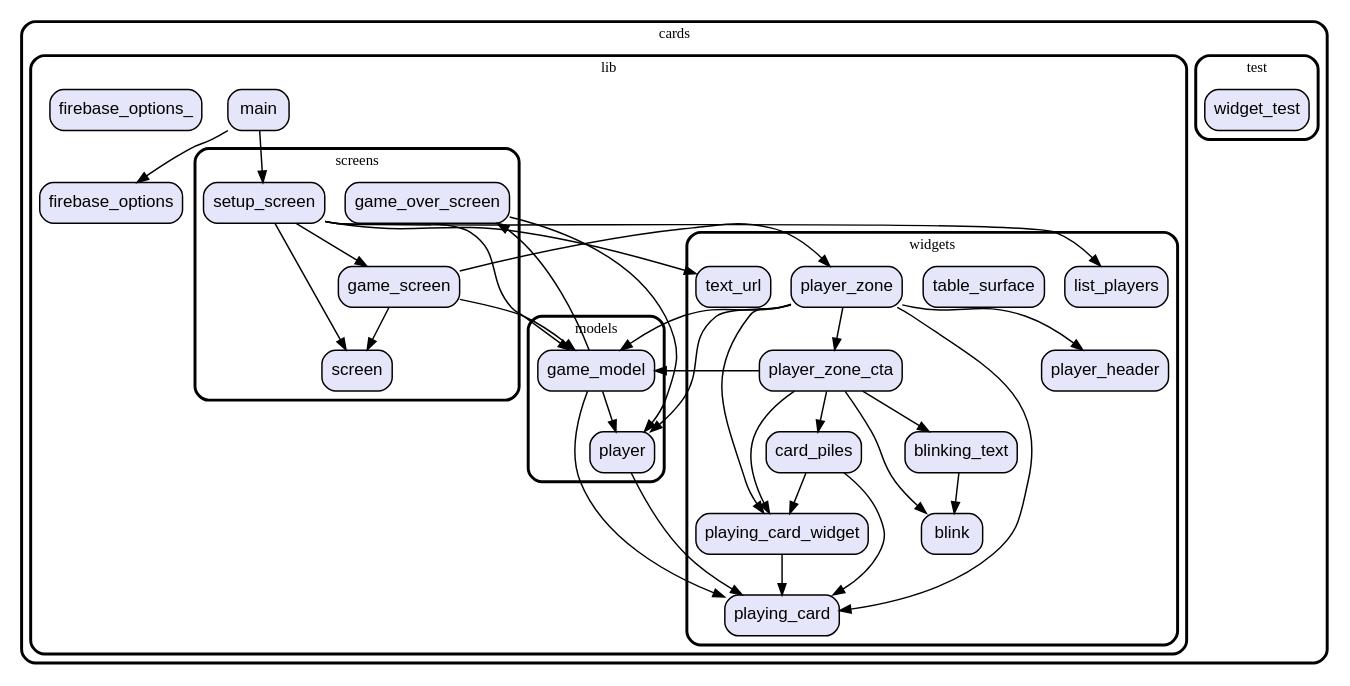
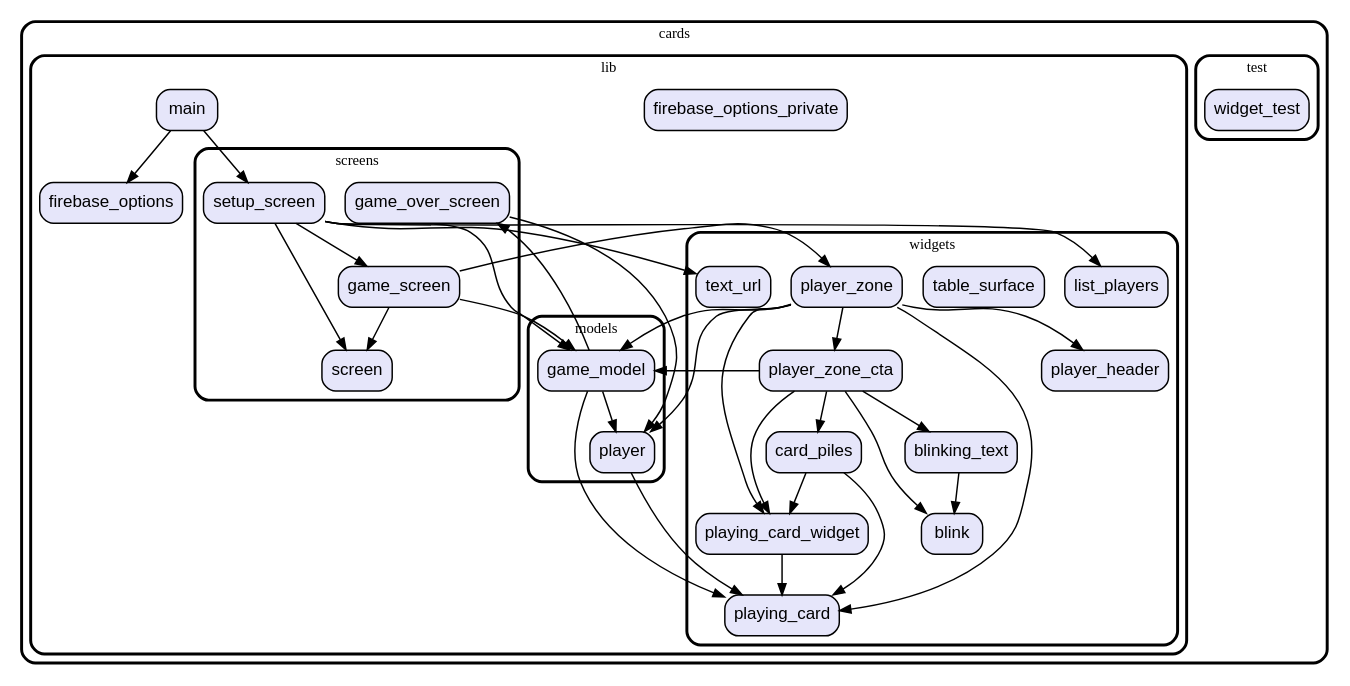
One commit to vteam-com/Cards changed the diagram in graph.dot. Above: the diagram before and after it, drawn with Graphviz. The commit also changed 3 other files, not shown here.

Commit message:
clean up game_screen code

```diff
--- a/graph.dot
+++ b/graph.dot
@@ -1,95 +1,95 @@
 digraph "" {
   graph [style=rounded fontname="Arial Black" fontsize=13 penwidth=2.6];
   node [shape=rect style="filled,rounded" fontname=Arial fontsize=15 fillcolor=Lavender penwidth=1.3];
   edge [penwidth=1.3];
   "/test/widget_test.dart" [label="widget_test"];
+  "/lib/firebase_options_private.dart" [label="firebase_options_private"];
   "/lib/firebase_options.dart" [label="firebase_options"];
   "/lib/models/game_model.dart" [label="game_model"];
   "/lib/models/player.dart" [label="player"];
   "/lib/screens/game_screen.dart" [label="game_screen"];
   "/lib/screens/game_over_screen.dart" [label="game_over_screen"];
   "/lib/screens/setup_screen.dart" [label="setup_screen"];
   "/lib/screens/screen.dart" [label="screen"];
   "/lib/main.dart" [label="main"];
-  "/lib/firebase_options_.dart" [label="firebase_options_"];
   "/lib/widgets/blink.dart" [label="blink"];
   "/lib/widgets/list_players.dart" [label="list_players"];
   "/lib/widgets/playing_card_widget.dart" [label="playing_card_widget"];
   "/lib/widgets/table_surface.dart" [label="table_surface"];
   "/lib/widgets/blinking_text.dart" [label="blinking_text"];
   "/lib/widgets/player_zone.dart" [label="player_zone"];
   "/lib/widgets/playing_card.dart" [label="playing_card"];
   "/lib/widgets/card_piles.dart" [label="card_piles"];
   "/lib/widgets/player_zone_cta.dart" [label="player_zone_cta"];
   "/lib/widgets/player_header.dart" [label="player_header"];
   "/lib/widgets/text_url.dart" [label="text_url"];
   subgraph "cluster~" {
     label="cards";
     subgraph "cluster~/test" {
       label="test";
       "/test/widget_test.dart";
     }
     subgraph "cluster~/lib" {
       label="lib";
+      "/lib/firebase_options_private.dart";
       "/lib/firebase_options.dart";
       "/lib/main.dart";
-      "/lib/firebase_options_.dart";
       subgraph "cluster~/lib/models" {
         label="models";
         "/lib/models/game_model.dart";
         "/lib/models/player.dart";
       }
       subgraph "cluster~/lib/screens" {
         label="screens";
         "/lib/screens/game_screen.dart";
         "/lib/screens/game_over_screen.dart";
         "/lib/screens/setup_screen.dart";
         "/lib/screens/screen.dart";
       }
       subgraph "cluster~/lib/widgets" {
         label="widgets";
         "/lib/widgets/blink.dart";
         "/lib/widgets/list_players.dart";
         "/lib/widgets/playing_card_widget.dart";
         "/lib/widgets/table_surface.dart";
         "/lib/widgets/blinking_text.dart";
         "/lib/widgets/player_zone.dart";
         "/lib/widgets/playing_card.dart";
         "/lib/widgets/card_piles.dart";
         "/lib/widgets/player_zone_cta.dart";
         "/lib/widgets/player_header.dart";
         "/lib/widgets/text_url.dart";
       }
     }
   }
   "/lib/models/game_model.dart" -> "/lib/models/player.dart";
   "/lib/models/game_model.dart" -> "/lib/screens/game_over_screen.dart";
   "/lib/models/game_model.dart" -> "/lib/widgets/playing_card.dart";
   "/lib/models/player.dart" -> "/lib/widgets/playing_card.dart";
+  "/lib/screens/game_screen.dart" -> "/lib/models/game_model.dart";
   "/lib/screens/game_screen.dart" -> "/lib/screens/screen.dart";
   "/lib/screens/game_screen.dart" -> "/lib/widgets/player_zone.dart";
-  "/lib/screens/game_screen.dart" -> "/lib/models/game_model.dart";
   "/lib/screens/game_over_screen.dart" -> "/lib/models/player.dart";
   "/lib/screens/setup_screen.dart" -> "/lib/models/game_model.dart";
   "/lib/screens/setup_screen.dart" -> "/lib/screens/game_screen.dart";
   "/lib/screens/setup_screen.dart" -> "/lib/screens/screen.dart";
   "/lib/screens/setup_screen.dart" -> "/lib/widgets/list_players.dart";
   "/lib/screens/setup_screen.dart" -> "/lib/widgets/text_url.dart";
   "/lib/main.dart" -> "/lib/firebase_options.dart";
   "/lib/main.dart" -> "/lib/screens/setup_screen.dart";
   "/lib/widgets/playing_card_widget.dart" -> "/lib/widgets/playing_card.dart";
   "/lib/widgets/blinking_text.dart" -> "/lib/widgets/blink.dart";
   "/lib/widgets/player_zone.dart" -> "/lib/models/game_model.dart";
   "/lib/widgets/player_zone.dart" -> "/lib/models/player.dart";
   "/lib/widgets/player_zone.dart" -> "/lib/widgets/player_header.dart";
   "/lib/widgets/player_zone.dart" -> "/lib/widgets/player_zone_cta.dart";
   "/lib/widgets/player_zone.dart" -> "/lib/widgets/playing_card.dart";
   "/lib/widgets/player_zone.dart" -> "/lib/widgets/playing_card_widget.dart";
   "/lib/widgets/card_piles.dart" -> "/lib/widgets/playing_card.dart";
   "/lib/widgets/card_piles.dart" -> "/lib/widgets/playing_card_widget.dart";
   "/lib/widgets/player_zone_cta.dart" -> "/lib/models/game_model.dart";
   "/lib/widgets/player_zone_cta.dart" -> "/lib/widgets/blink.dart";
   "/lib/widgets/player_zone_cta.dart" -> "/lib/widgets/blinking_text.dart";
   "/lib/widgets/player_zone_cta.dart" -> "/lib/widgets/card_piles.dart";
   "/lib/widgets/player_zone_cta.dart" -> "/lib/widgets/playing_card_widget.dart";
 }
```
